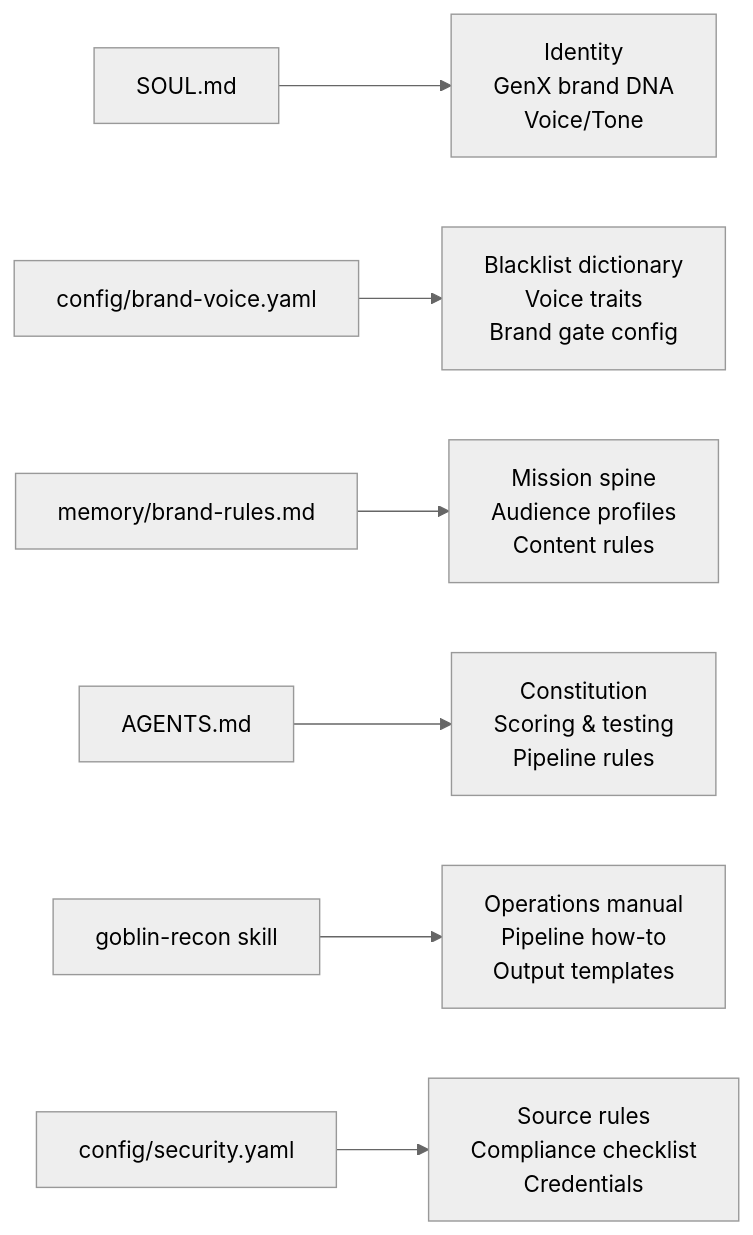
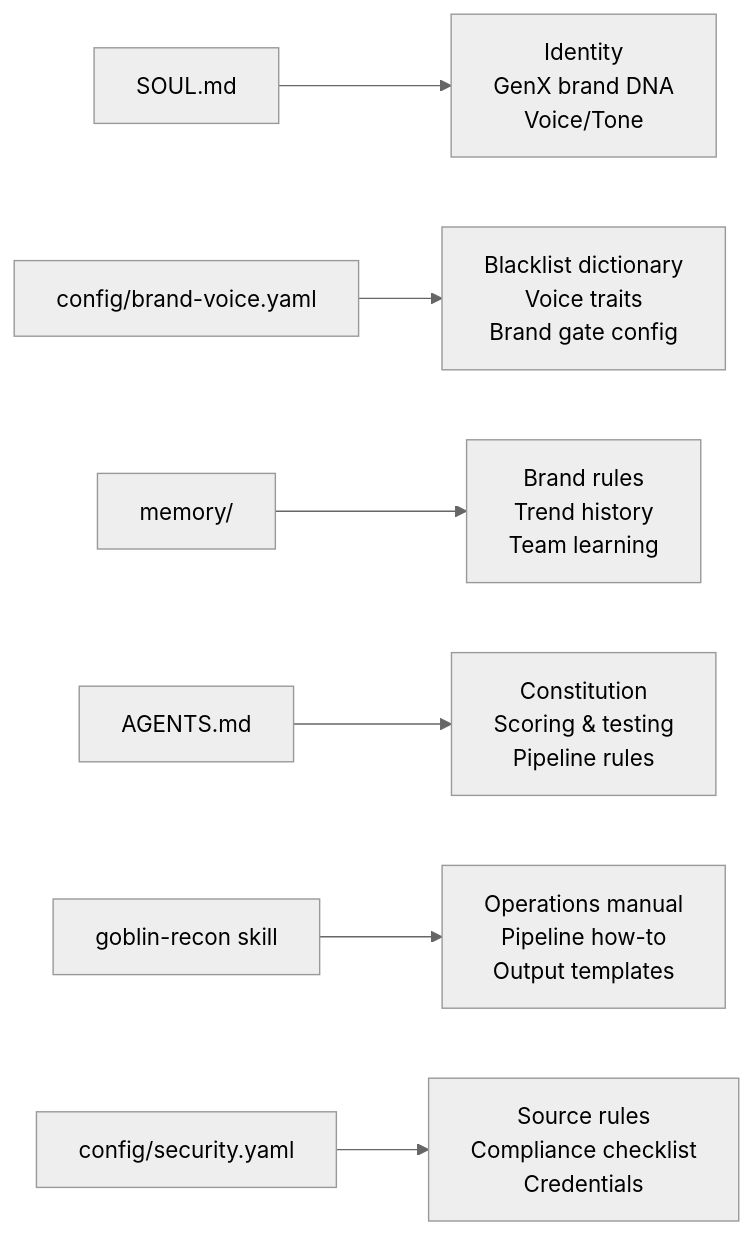
Before and after one commit to fiestyelf/Goblin-Recon: the diagram in SOUL.md, drawn with Mermaid (neutral theme). The commit also changed other lines of this file and 4 other files, not shown here.

````diff
--- a/SOUL.md
+++ b/SOUL.md
@@ -254,9 +254,9 @@
 ```mermaid
 flowchart LR
   A[SOUL.md] --> B[Identity<br/>GenX brand DNA<br/>Voice/Tone]
   C[config/brand-voice.yaml] --> D[Blacklist dictionary<br/>Voice traits<br/>Brand gate config]
-  E[memory/brand-rules.md] --> F[Mission spine<br/>Audience profiles<br/>Content rules]
+  E[memory/] --> F[Brand rules<br/>Trend history<br/>Team learning]
   G[AGENTS.md] --> H[Constitution<br/>Scoring & testing<br/>Pipeline rules]
   I[goblin-recon skill] --> J[Operations manual<br/>Pipeline how-to<br/>Output templates]
   K[config/security.yaml] --> L[Source rules<br/>Compliance checklist<br/>Credentials]
 ```
````
